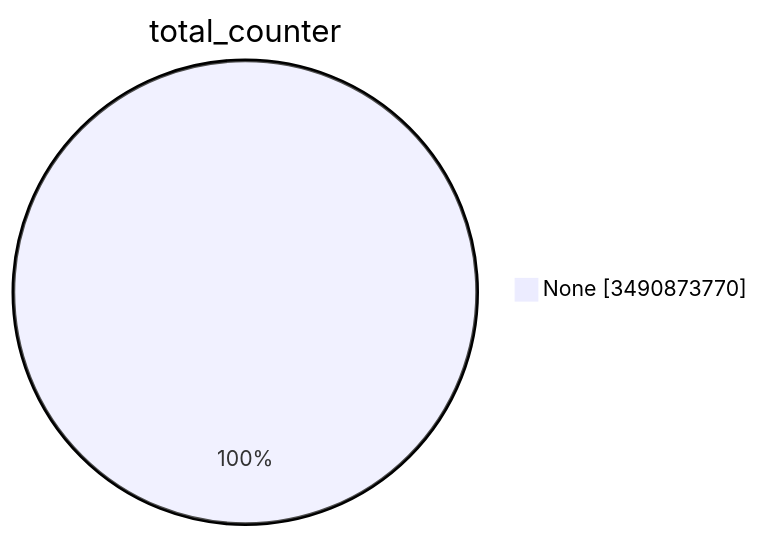
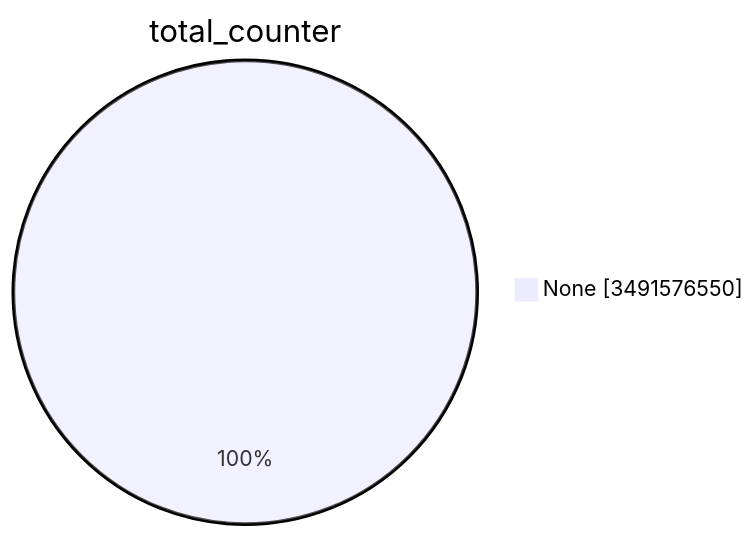
Before and after one commit to christiankrug/ctmonitor_visualization: the first of 15 diagrams in TOTAL/README.md, drawn with Mermaid. The commit also changed other lines of this file, not shown here.

````diff
--- a/TOTAL/README.md
+++ b/TOTAL/README.md
@@ -1,5 +1,5 @@
 ```mermaid
 pie showData
 title total_counter
-"None" :3490873770
+"None" :3491576550
 ```
````
